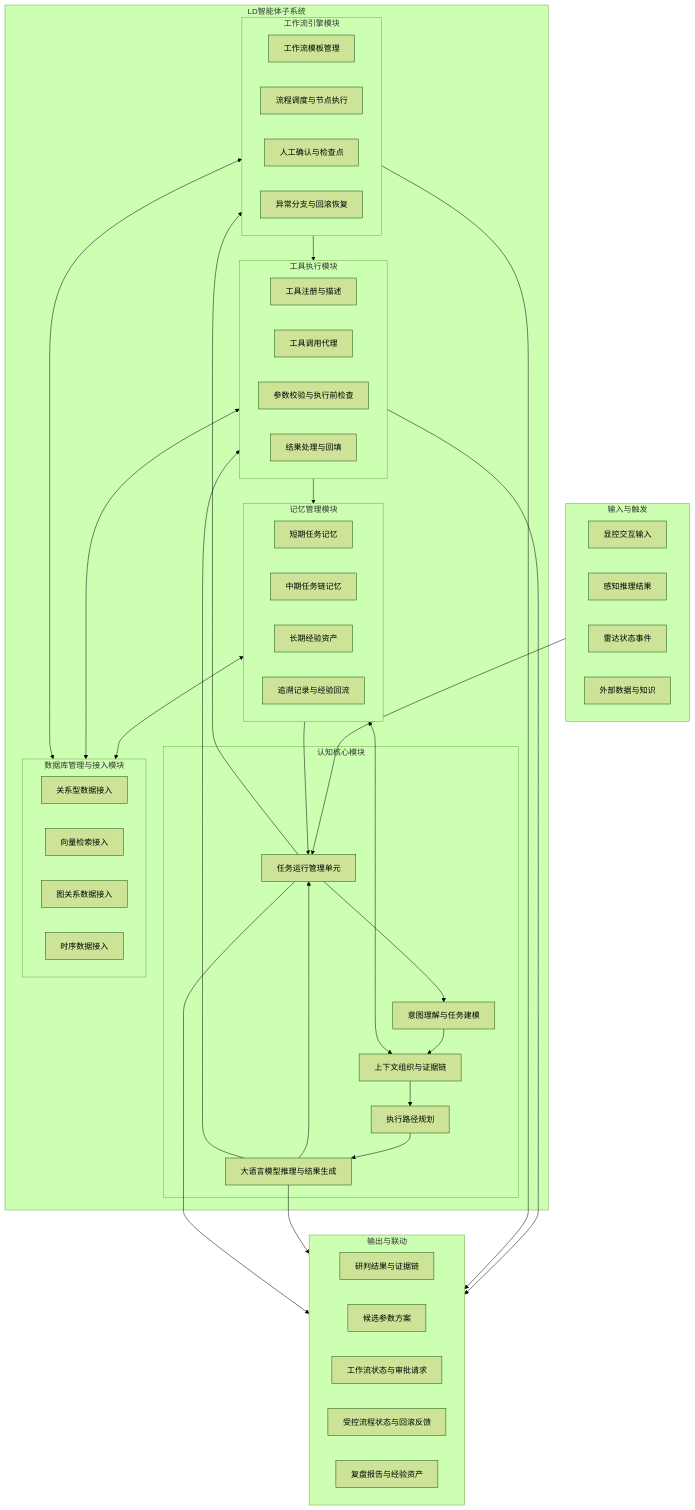
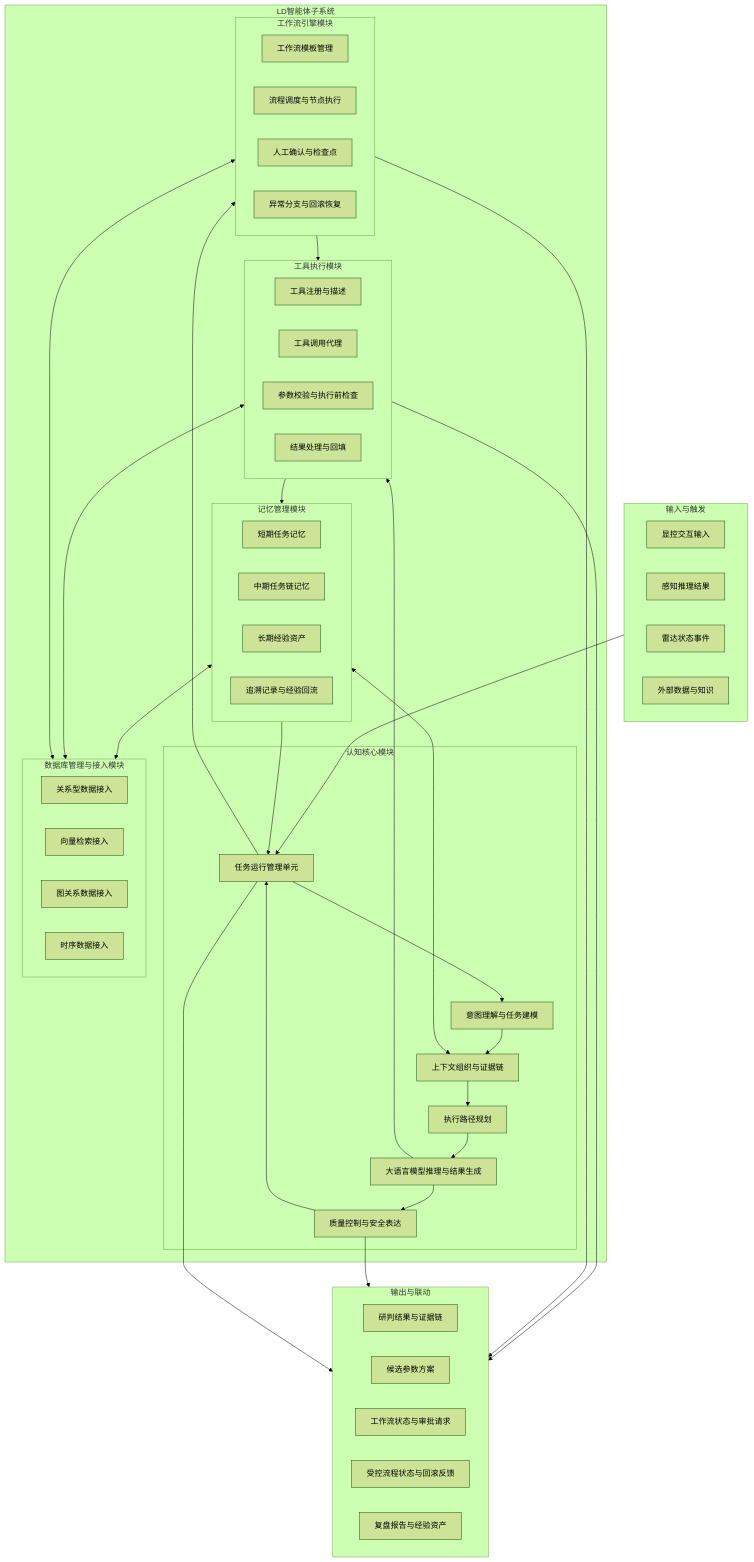
The third of 7 diagrams in radar agent/4.3.3.2 LD智能体子系统技术方案.md (StormSeven1/obsidian-vault), drawn with Mermaid (forest theme) before and after one commit. The commit also changed other lines of this file, not shown here.

````diff
--- a/radar agent/4.3.3.2 LD智能体子系统技术方案.md
+++ b/radar agent/4.3.3.2 LD智能体子系统技术方案.md
@@ -110,71 +112,73 @@
 ```mermaid
 graph TB
     subgraph INPUT[输入与触发]
         I1[显控交互输入]
         I2[感知推理结果]
         I3[雷达状态事件]
         I4[外部数据与知识]
     end
 
     subgraph CORE[LD智能体子系统]
         subgraph COG[认知核心模块]
             H[任务运行管理单元]
             C2[意图理解与任务建模]
             C3[上下文组织与证据链]
             C4[执行路径规划]
             C5[大语言模型推理与结果生成]
+            C6[质量控制与安全表达]
         end
         subgraph MEM[记忆管理模块]
             M1[短期任务记忆]
             M2[中期任务链记忆]
             M3[长期经验资产]
             M4[追溯记录与经验回流]
         end
         subgraph TOOL[工具执行模块]
             T1[工具注册与描述]
             T2[工具调用代理]
             T3[参数校验与执行前检查]
             T4[结果处理与回填]
         end
         subgraph WF[工作流引擎模块]
             W1[工作流模板管理]
             W2[流程调度与节点执行]
             W3[人工确认与检查点]
             W4[异常分支与回滚恢复]
         end
         subgraph DB[数据库管理与接入模块]
             D1[关系型数据接入]
             D2[向量检索接入]
             D3[图关系数据接入]
             D4[时序数据接入]
         end
     end
 
     subgraph OUTPUT[输出与联动]
         O1[研判结果与证据链]
         O2[候选参数方案]
         O3[工作流状态与审批请求]
         O4[受控流程状态与回滚反馈]
         O5[复盘报告与经验资产]
     end
 
     INPUT --> H
     H --> C2
     C2 --> C3
     C3 --> C4
     C4 --> C5
+    C5 --> C6
     C3 <--> MEM
     C5 --> TOOL
-    C5 --> H
+    C6 --> H
     H --> WF
     WF --> TOOL
     MEM <--> DB
     TOOL <--> DB
     WF <--> DB
     TOOL --> MEM
     MEM --> H
     TOOL --> OUTPUT
     WF --> OUTPUT
-    C5 --> OUTPUT
+    C6 --> OUTPUT
     H --> OUTPUT
 ```
````
